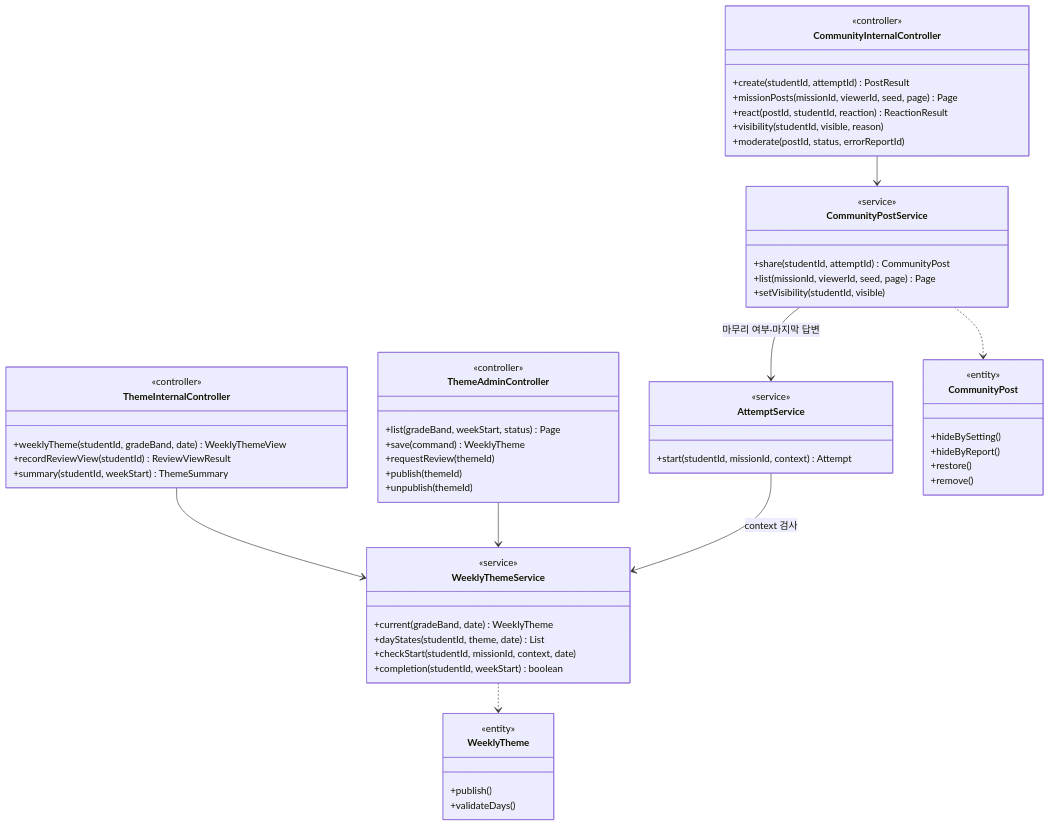
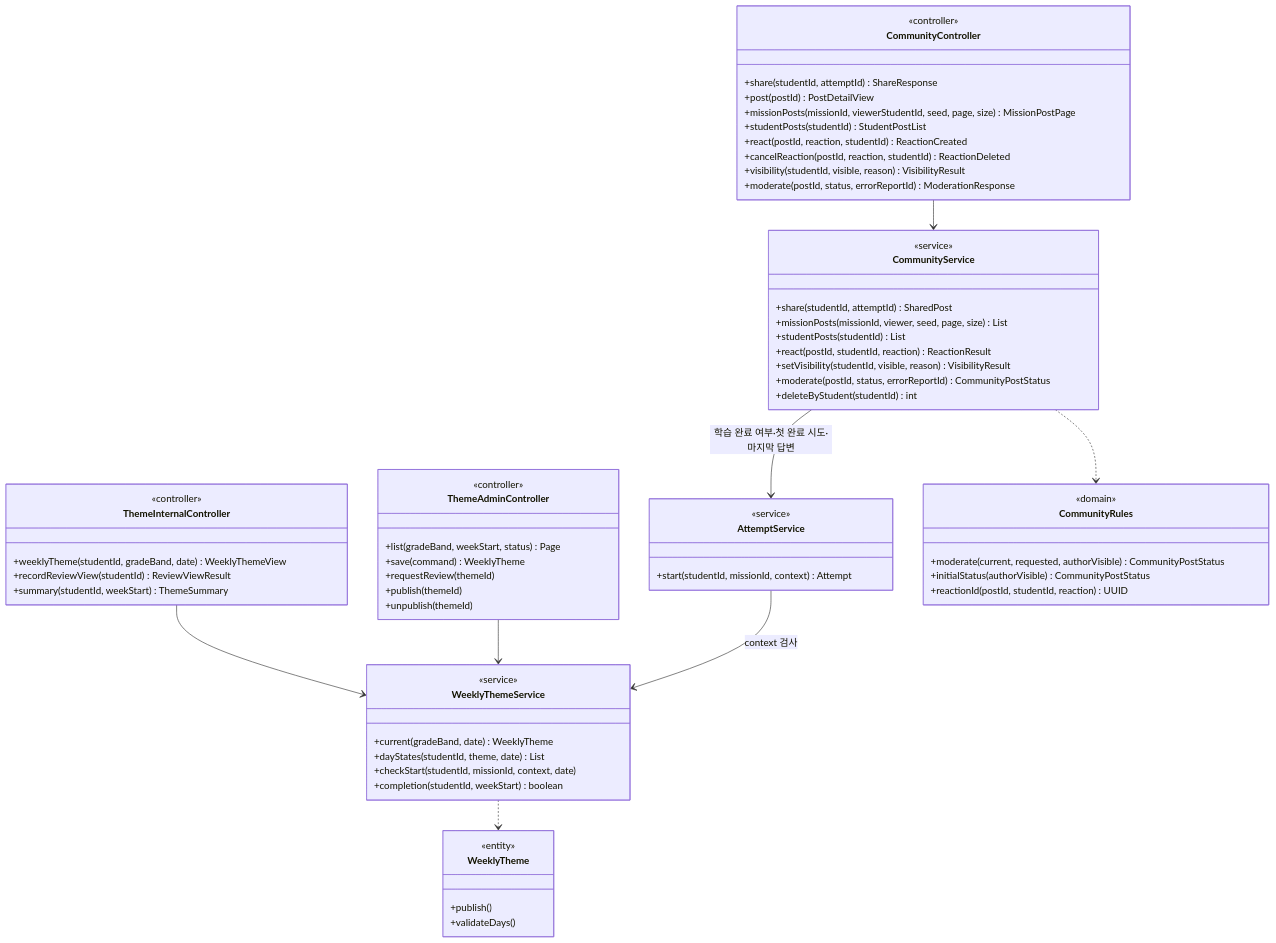
Before and after one commit to SKNETWORKS-FAMILY-AICAMP/SKN34-FINAL-3TEAM: diagram 13 of 20 in docs/design/class-diagram.md, drawn with Mermaid. The commit also changed other lines of this file and 26 other files, not shown here.

````diff
--- a/docs/design/class-diagram.md
+++ b/docs/design/class-diagram.md
@@ -1753,63 +1753,69 @@
 ```mermaid
 classDiagram
   direction TB
   class ThemeInternalController {
     <<controller>>
     +weeklyTheme(studentId, gradeBand, date) WeeklyThemeView
     +recordReviewView(studentId) ReviewViewResult
     +summary(studentId, weekStart) ThemeSummary
   }
   class ThemeAdminController {
     <<controller>>
     +list(gradeBand, weekStart, status) Page
     +save(command) WeeklyTheme
     +requestReview(themeId)
     +publish(themeId)
     +unpublish(themeId)
   }
   class WeeklyThemeService {
     <<service>>
     +current(gradeBand, date) WeeklyTheme
     +dayStates(studentId, theme, date) List
     +checkStart(studentId, missionId, context, date)
     +completion(studentId, weekStart) boolean
   }
   class WeeklyTheme {
     <<entity>>
     +publish()
     +validateDays()
   }
   class AttemptService {
     <<service>>
     +start(studentId, missionId, context) Attempt
   }
-  class CommunityInternalController {
+  class CommunityController {
     <<controller>>
-    +create(studentId, attemptId) PostResult
-    +missionPosts(missionId, viewerId, seed, page) Page
+    +share(studentId, attemptId) ShareResponse
+    +post(postId) PostDetailView
+    +missionPosts(missionId, viewerStudentId, seed, page, size) MissionPostPage
+    +studentPosts(studentId) StudentPostList
+    +react(postId, reaction, studentId) ReactionCreated
+    +cancelReaction(postId, reaction, studentId) ReactionDeleted
+    +visibility(studentId, visible, reason) VisibilityResult
+    +moderate(postId, status, errorReportId) ModerationResponse
+  }
+  class CommunityService {
+    <<service>>
+    +share(studentId, attemptId) SharedPost
+    +missionPosts(missionId, viewer, seed, page, size) List
+    +studentPosts(studentId) List
     +react(postId, studentId, reaction) ReactionResult
-    +visibility(studentId, visible, reason)
-    +moderate(postId, status, errorReportId)
+    +setVisibility(studentId, visible, reason) VisibilityResult
+    +moderate(postId, status, errorReportId) CommunityPostStatus
+    +deleteByStudent(studentId) int
   }
-  class CommunityPostService {
-    <<service>>
-    +share(studentId, attemptId) CommunityPost
-    +list(missionId, viewerId, seed, page) Page
-    +setVisibility(studentId, visible)
-  }
-  class CommunityPost {
-    <<entity>>
-    +hideBySetting()
-    +hideByReport()
-    +restore()
-    +remove()
+  class CommunityRules {
+    <<domain>>
+    +moderate(current, requested, authorVisible) CommunityPostStatus
+    +initialStatus(authorVisible) CommunityPostStatus
+    +reactionId(postId, studentId, reaction) UUID
   }
 
   ThemeInternalController --> WeeklyThemeService
   ThemeAdminController --> WeeklyThemeService
   WeeklyThemeService ..> WeeklyTheme
   AttemptService --> WeeklyThemeService : context 검사
-  CommunityInternalController --> CommunityPostService
-  CommunityPostService ..> CommunityPost
-  CommunityPostService --> AttemptService : 마무리 여부·마지막 답변
+  CommunityController --> CommunityService
+  CommunityService ..> CommunityRules
+  CommunityService --> AttemptService : 학습 완료 여부·첫 완료 시도·마지막 답변
 ```
````
